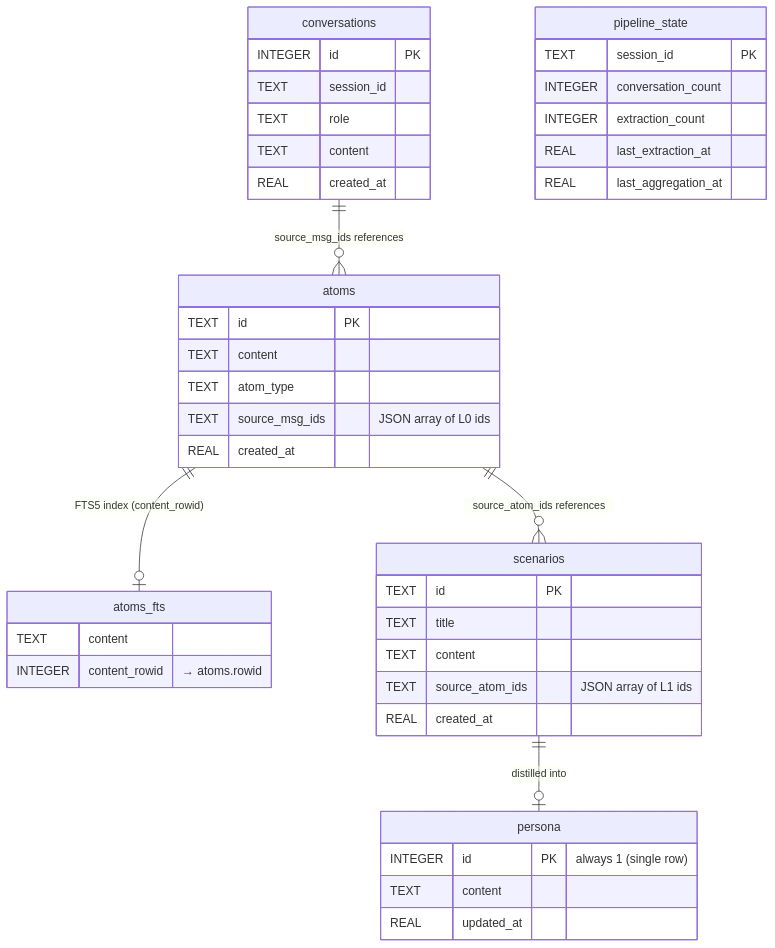
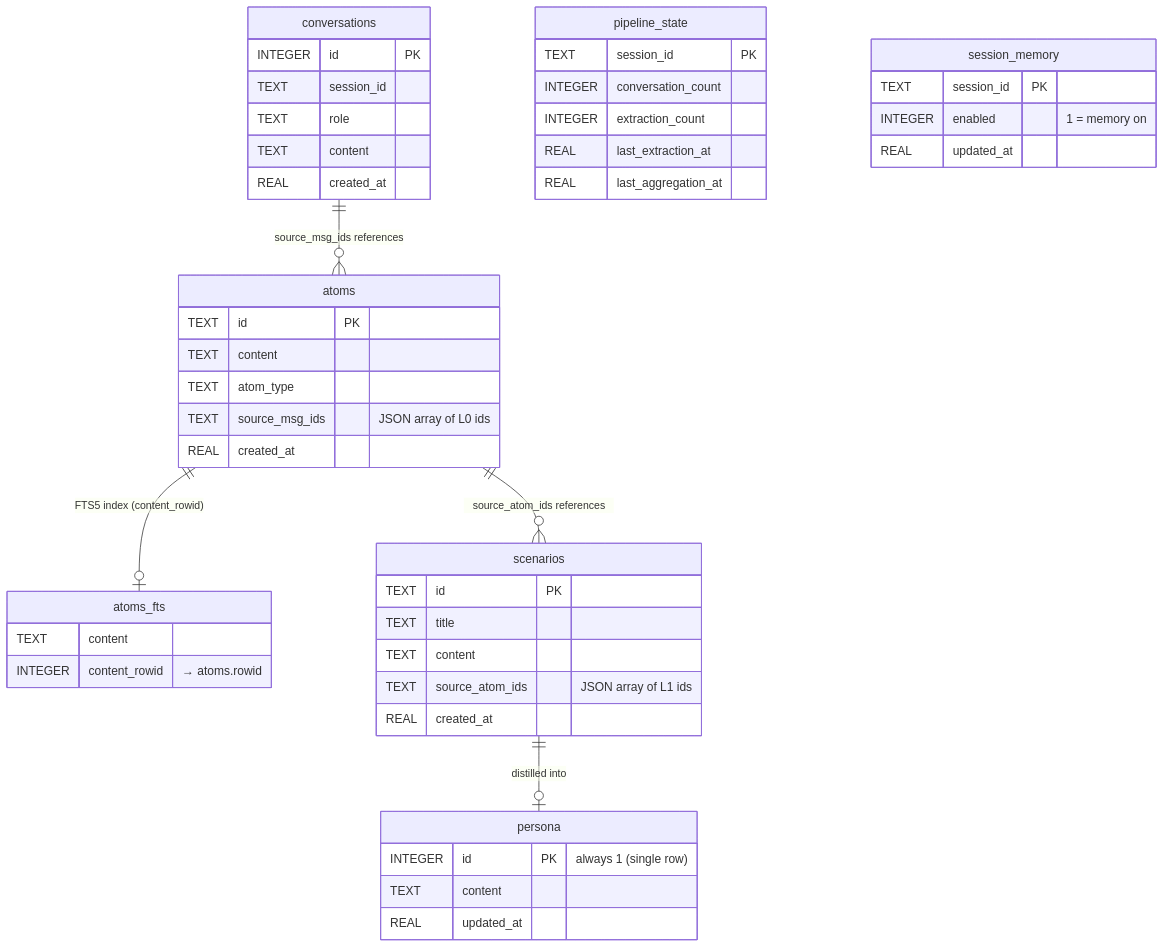
Before and after one commit to barry-luu-dev/ai-memory: the diagram in README.md, drawn with Mermaid. The commit also changed other lines of this file and 5 other files, not shown here.

Commit message:
Implement per-session memory management and UI for MyAI Memory

````diff
--- a/README.md
+++ b/README.md
@@ -25,56 +25,63 @@
 ```mermaid
 erDiagram
     %% ── L0: Raw conversations ──
     conversations {
         INTEGER id PK
         TEXT session_id
         TEXT role
         TEXT content
         REAL created_at
     }
 
     %% ── L1: Extracted atoms ──
     atoms {
         TEXT id PK
         TEXT content
         TEXT atom_type
         TEXT source_msg_ids "JSON array of L0 ids"
         REAL created_at
     }
 
     atoms_fts {
         TEXT content
         INTEGER content_rowid "→ atoms.rowid"
     }
 
     %% ── L2: Scenarios ──
     scenarios {
         TEXT id PK
         TEXT title
         TEXT content
         TEXT source_atom_ids "JSON array of L1 ids"
         REAL created_at
     }
 
     %% ── L3: Persona ──
     persona {
         INTEGER id PK "always 1 (single row)"
         TEXT content
         REAL updated_at
     }
 
     %% ── Pipeline state ──
     pipeline_state {
         TEXT session_id PK
         INTEGER conversation_count
         INTEGER extraction_count
         REAL last_extraction_at
         REAL last_aggregation_at
     }
 
+    %% ── Per-session memory choice ──
+    session_memory {
+        TEXT session_id PK
+        INTEGER enabled "1 = memory on"
+        REAL updated_at
+    }
+
     %% ── Relationships ──
     conversations ||--o{ atoms : "source_msg_ids references"
     atoms ||--o{ scenarios : "source_atom_ids references"
     scenarios ||--o| persona : "distilled into"
     atoms ||--o| atoms_fts : "FTS5 index (content_rowid)"
 ```
````
